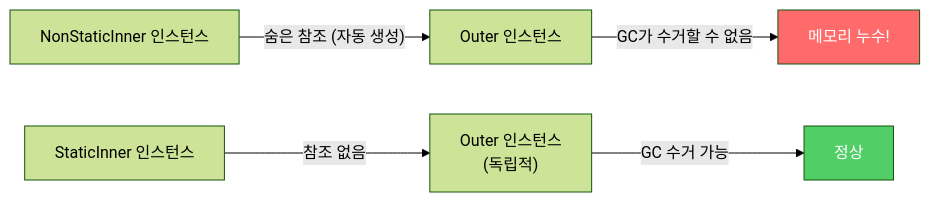
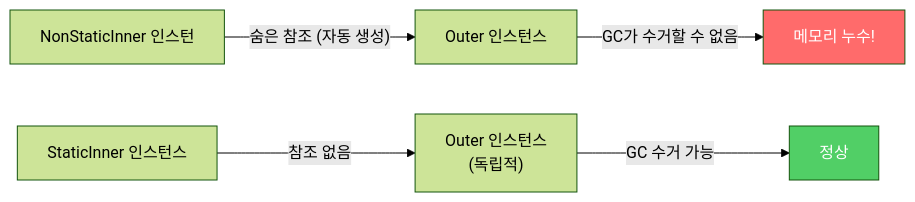
One commit to yjkim2015/yjkim2015.github.io changed the second of 3 diagrams in _posts/java/2022-01-04-effective-java24.md. Above: the diagram before and after it, drawn with Mermaid (forest theme). The commit also changed other lines of this file and 271 other files, not shown here.

First line of the commit message:
Mermaid 라벨 축소: 긴 노드 텍스트 18자 이하로 트림 + \n 제거

````diff
--- a/_posts/java/2022-01-04-effective-java24.md
+++ b/_posts/java/2022-01-04-effective-java24.md
@@ -67,9 +67,9 @@
 ```mermaid
 graph LR
-    A["NonStaticInner 인스턴스"] -->|"숨은 참조 (자동 생성)"| B["Outer 인스턴스"]
+    A["NonStaticInner 인스턴"] -->|"숨은 참조 (자동 생성)"| B["Outer 인스턴스"]
     B -->|"GC가 수거할 수 없음"| C["메모리 누수!"]
     D["StaticInner 인스턴스"] -->|"참조 없음"| E["Outer 인스턴스\n(독립적)"]
     E -->|"GC 수거 가능"| F["정상"]
     style C fill:#ff6b6b,color:#fff
     style F fill:#51cf66,color:#fff
 ```
````
